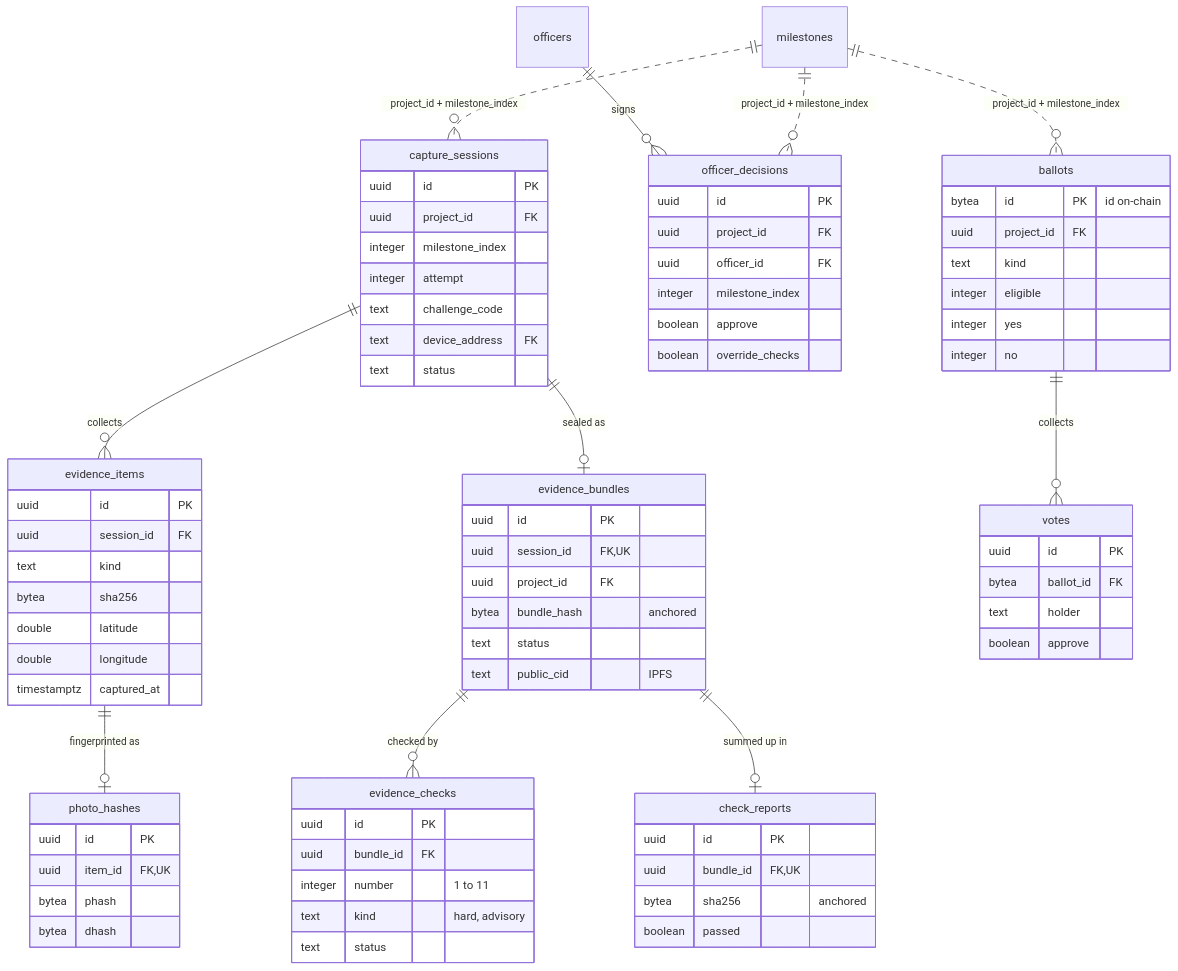
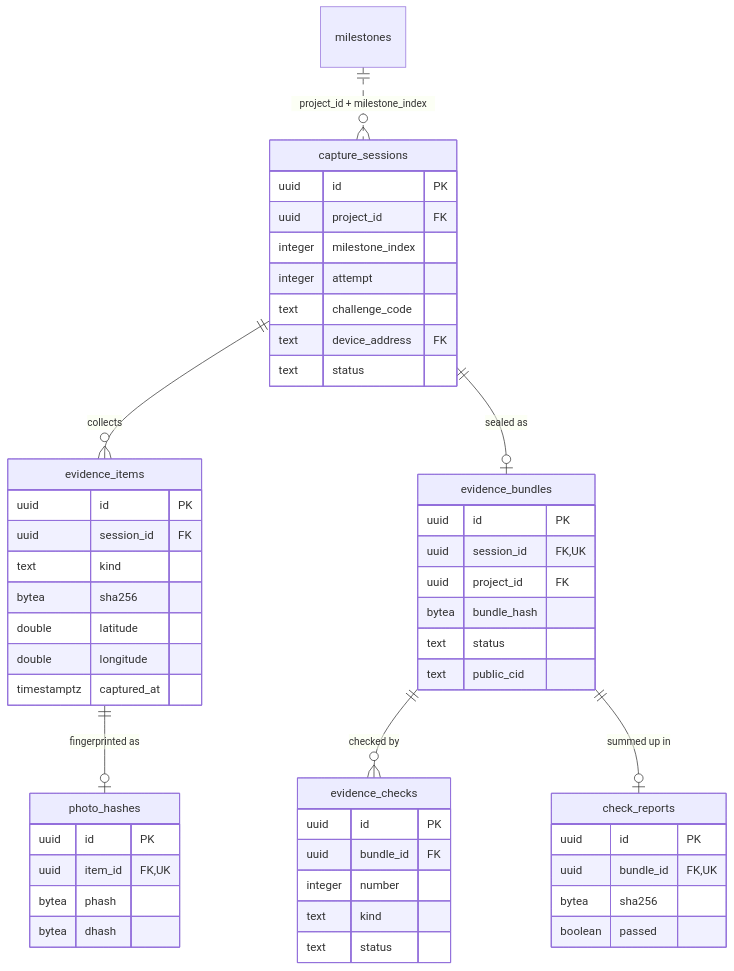
One commit to eminroot/veritas changed the diagram in docs/diagrams/erd-evidence.md. Above: the diagram before and after it, drawn with Mermaid. The commit also changed other lines of this file and 60 other files, not shown here.

First line of the commit message:
Laptop screenshots in the readme, and diagrams readable at full size

````diff
--- a/docs/diagrams/erd-evidence.md
+++ b/docs/diagrams/erd-evidence.md
@@ -5,80 +5,54 @@
 ```mermaid
 erDiagram
     capture_sessions {
         uuid id PK
         uuid project_id FK
         integer milestone_index
         integer attempt
         text challenge_code
         text device_address FK
         text status
     }
     evidence_items {
         uuid id PK
         uuid session_id FK
         text kind
         bytea sha256
         double latitude
         double longitude
         timestamptz captured_at
     }
     photo_hashes {
         uuid id PK
         uuid item_id FK, UK
         bytea phash
         bytea dhash
     }
     evidence_bundles {
         uuid id PK
         uuid session_id FK, UK
         uuid project_id FK
-        bytea bundle_hash "anchored"
+        bytea bundle_hash
         text status
-        text public_cid "IPFS"
+        text public_cid
     }
     evidence_checks {
         uuid id PK
         uuid bundle_id FK
-        integer number "1 to 11"
-        text kind "hard, advisory"
+        integer number
+        text kind
         text status
     }
     check_reports {
         uuid id PK
         uuid bundle_id FK, UK
-        bytea sha256 "anchored"
+        bytea sha256
         boolean passed
     }
-    officer_decisions {
-        uuid id PK
-        uuid project_id FK
-        uuid officer_id FK
-        integer milestone_index
-        boolean approve
-        boolean override_checks
-    }
-    ballots {
-        bytea id PK "id on-chain"
-        uuid project_id FK
-        text kind
-        integer eligible
-        integer yes
-        integer no
-    }
-    votes {
-        uuid id PK
-        bytea ballot_id FK
-        text holder
-        boolean approve
-    }
+    milestones ||..o{ capture_sessions : "project_id + milestone_index"
     capture_sessions ||--o{ evidence_items : "collects"
     evidence_items ||--o| photo_hashes : "fingerprinted as"
     capture_sessions ||--o| evidence_bundles : "sealed as"
     evidence_bundles ||--o{ evidence_checks : "checked by"
     evidence_bundles ||--o| check_reports : "summed up in"
-    officers ||--o{ officer_decisions : "signs"
-    ballots ||--o{ votes : "collects"
-    milestones ||..o{ capture_sessions : "project_id + milestone_index"
-    milestones ||..o{ officer_decisions : "project_id + milestone_index"
-    milestones ||..o{ ballots : "project_id + milestone_index"
 ```
````
